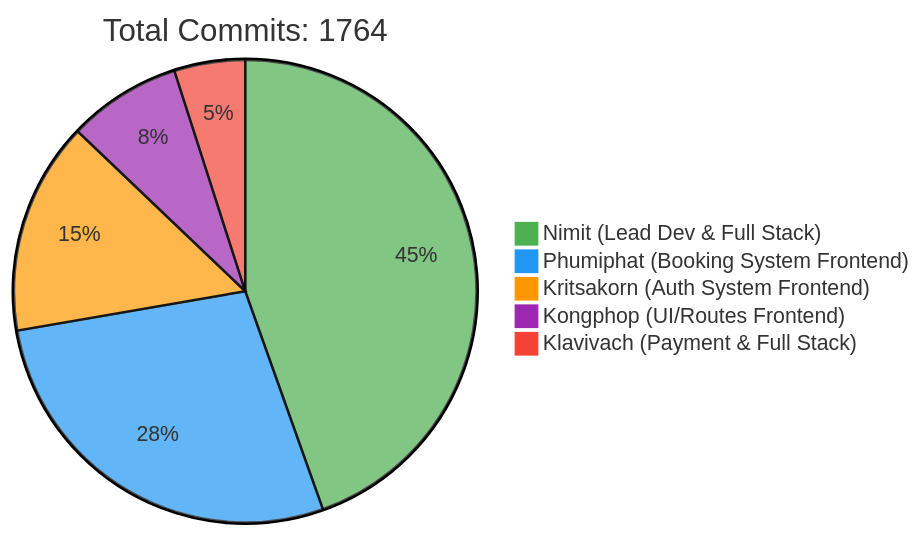
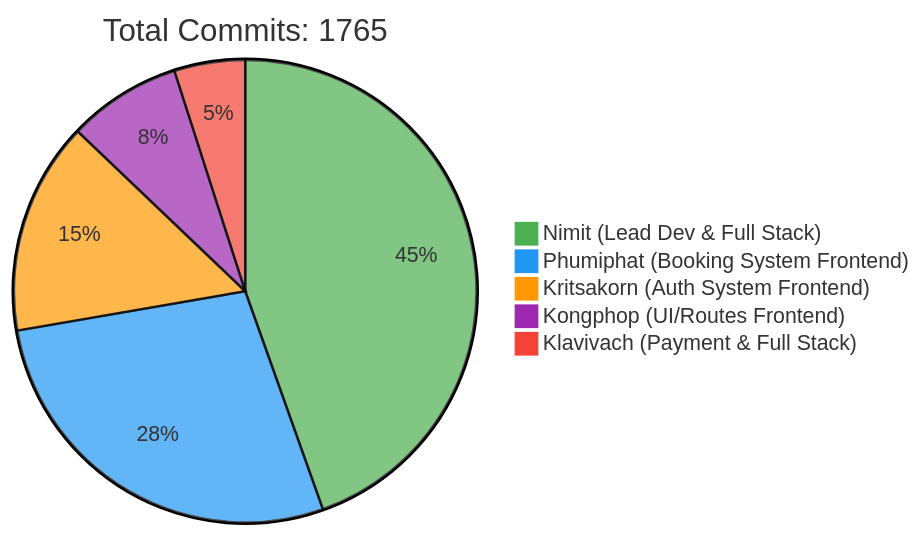
The first of 2 diagrams in README.md (6531503042/Sport-Complex), drawn with Mermaid before and after one commit. The commit also changed other lines of this file, not shown here.

Commit message:
docs: Update contributor statistics [skip ci]

````diff
--- a/README.md
+++ b/README.md
@@ -257,10 +257,10 @@
 ```mermaid
 %%{init: {'theme': 'base', 'themeVariables': { 'pie1': '#4CAF50', 'pie2': '#2196F3', 'pie3': '#FF9800', 'pie4': '#9C27B0', 'pie5': '#F44336'}}}%%
 pie
-    title Total Commits: 1764
+    title Total Commits: 1765
     "Nimit (Lead Dev & Full Stack)" : 450
     "Phumiphat (Booking System Frontend)" : 280
     "Kritsakorn (Auth System Frontend)" : 150
     "Kongphop (UI/Routes Frontend)" : 80
     "Klavivach (Payment & Full Stack)" : 50
 ```
````
